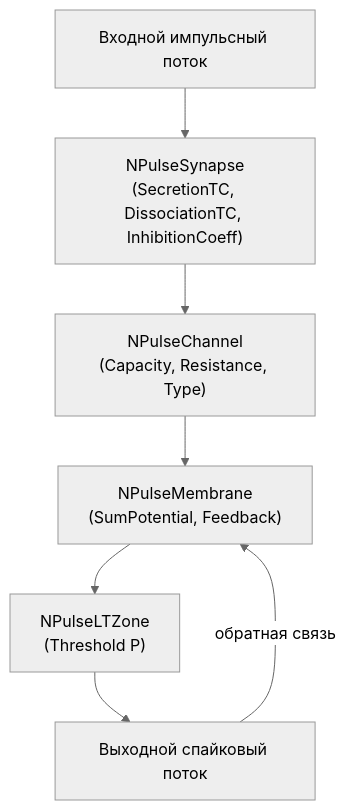
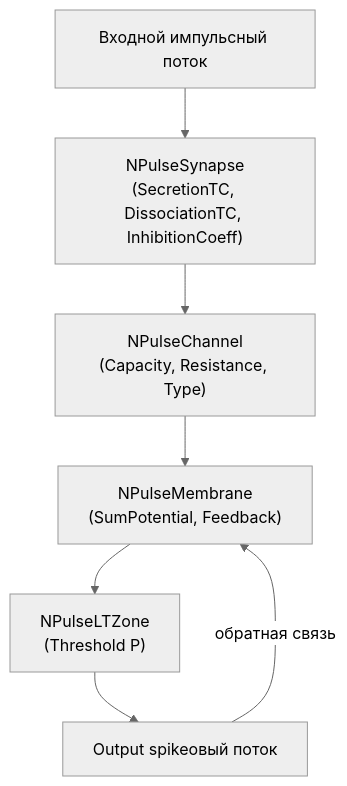
One commit to aicommunity/Nmsdk-Bin changed the fourth of 4 diagrams in Docs/SpikeSamples/ImpulseProcessingModel.md. Above: the diagram before and after it, drawn with Mermaid (neutral theme). The commit also changed other lines of this file and 13 other files, not shown here.

First line of the commit message:
docs(bin): complete bilingual EN quality: mermaid sync, full translations, zero cyrillic in EN

````diff
--- a/Docs/SpikeSamples/ImpulseProcessingModel.md
+++ b/Docs/SpikeSamples/ImpulseProcessingModel.md
@@ -279,13 +279,13 @@
 ```mermaid
 flowchart TD
     afferentInput["Входной импульсный поток"] --> synapse["NPulseSynapse
 (SecretionTC, DissociationTC, InhibitionCoeff)"]
     synapse --> channel["NPulseChannel
 (Capacity, Resistance, Type)"]
     channel --> membrane["NPulseMembrane
 (SumPotential, Feedback)"]
     membrane --> ltZone["NPulseLTZone
 (Threshold P)"]
-    ltZone --> neuronOutput["Выходной спайковый поток"]
+    ltZone --> neuronOutput["Output spikeовый поток"]
     neuronOutput -->|обратная связь| membrane
 ```
````
